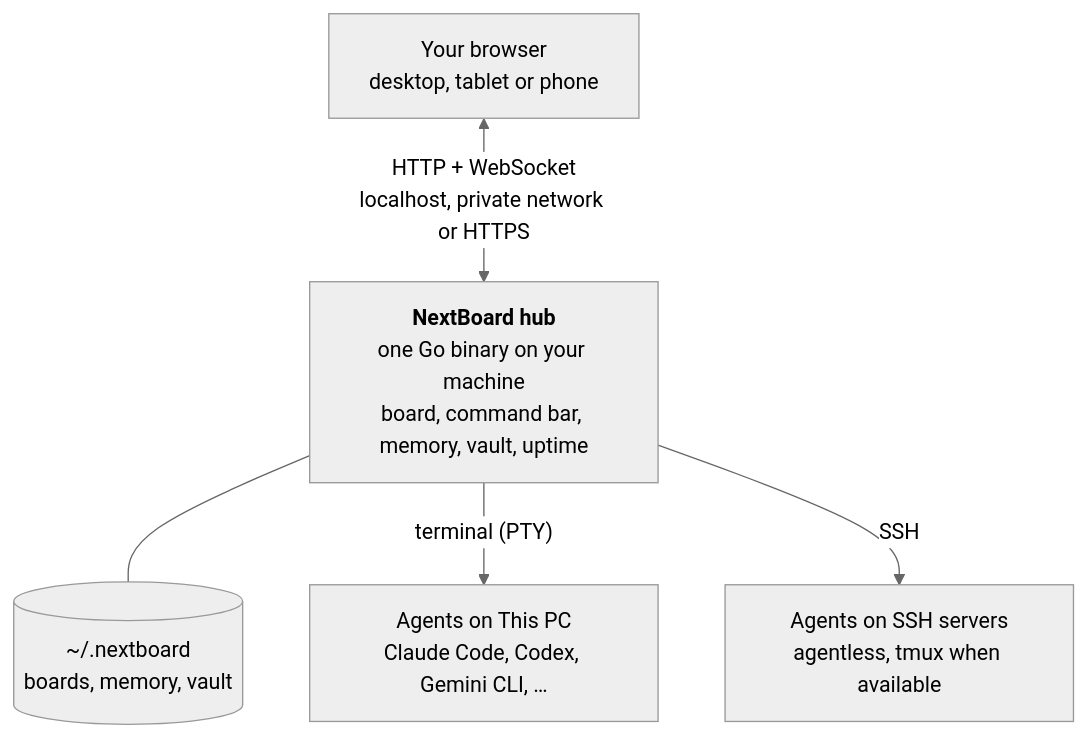
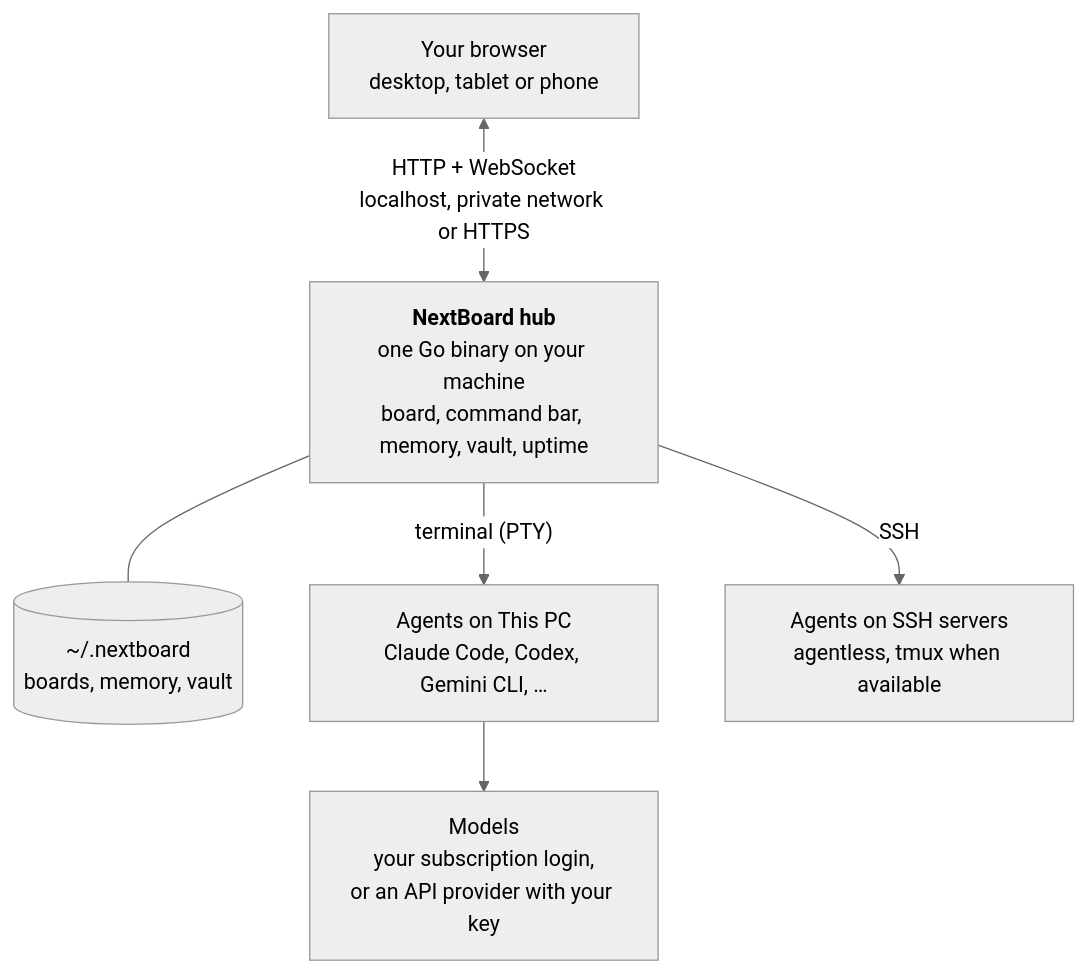
One commit to azamrizki/nextboard changed the first of 2 diagrams in README.md. Above: the diagram before and after it, drawn with Mermaid (neutral theme). The commit also changed other lines of this file, not shown here.

Commit message:
docs: bring the README up to v0.4.0, with a section on API providers

````diff
--- a/README.md
+++ b/README.md
@@ -38,12 +38,14 @@
 ```mermaid
 flowchart TB
     browser["Your browser<br/>desktop, tablet or phone"]
     hub["<b>NextBoard hub</b><br/>one Go binary on your machine<br/>board, command bar, memory, vault, uptime"]
     data[("~/.nextboard<br/>boards, memory, vault")]
     local["Agents on This PC<br/>Claude Code, Codex, Gemini CLI, …"]
     ssh["Agents on SSH servers<br/>agentless, tmux when available"]
+    models["Models<br/>your subscription login,<br/>or an API provider with your key"]
     browser <-->|"HTTP + WebSocket<br/>localhost, private network or HTTPS"| hub
     hub --- data
     hub -->|"terminal (PTY)"| local
     hub -->|"SSH"| ssh
+    local --> models
 ```
````
